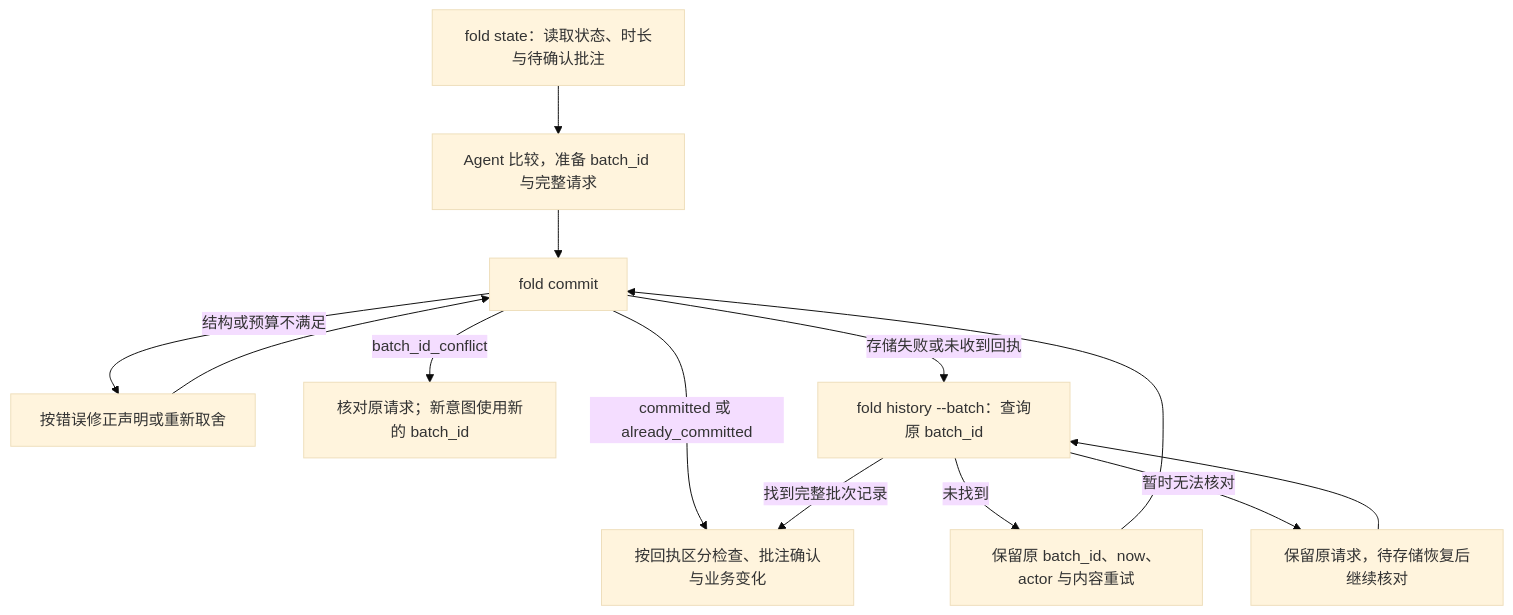
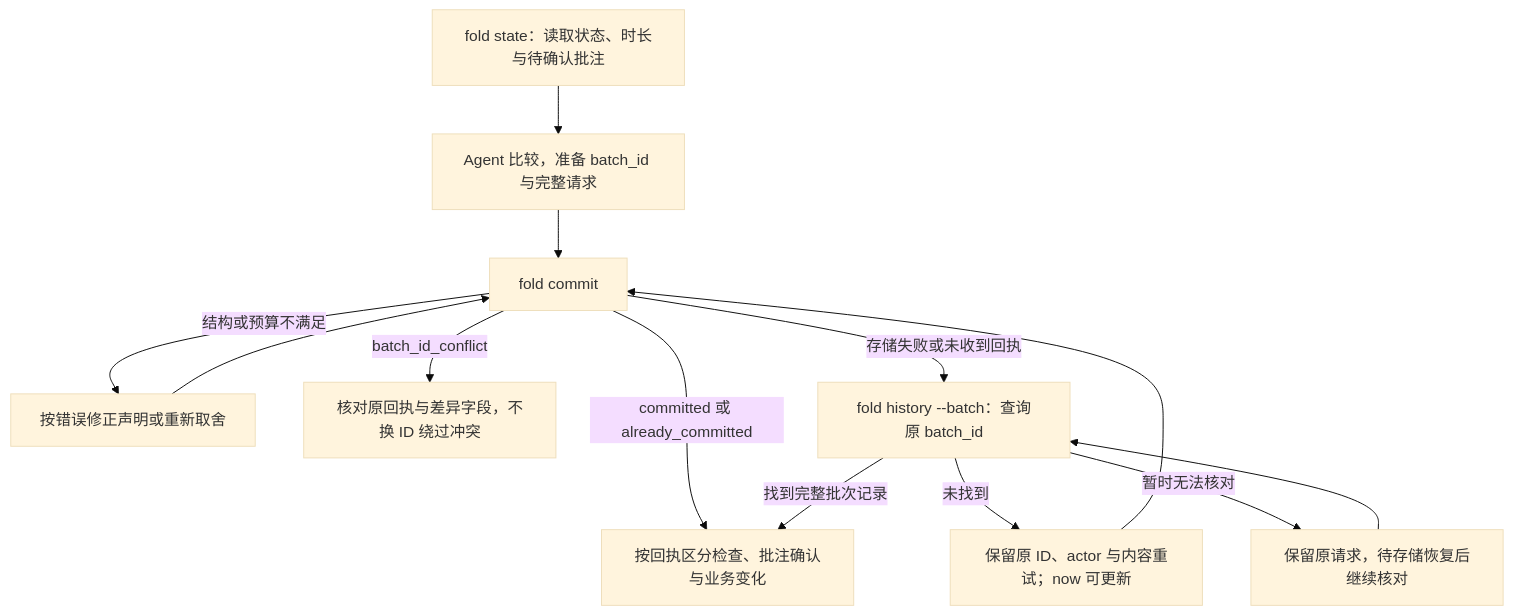
Before and after one commit to nemori-ai/fold-skill: the diagram in docs/skill-design.md, drawn with Mermaid (base theme). The commit also changed other lines of this file and 13 other files, not shown here.

````diff
--- a/docs/skill-design.md
+++ b/docs/skill-design.md
@@ -139,15 +139,15 @@
 ```mermaid
 flowchart TD
   R["fold state：读取状态、时长与待确认批注"] --> J["Agent 比较，准备 batch_id 与完整请求"]
   J --> C["fold commit"]
   C -->|"结构或预算不满足"| Fix["按错误修正声明或重新取舍"]
   Fix --> C
   C -->|"committed 或 already_committed"| Done["按回执区分检查、批注确认与业务变化"]
-  C -->|"batch_id_conflict"| Conflict["核对原请求；新意图使用新的 batch_id"]
+  C -->|"batch_id_conflict"| Conflict["核对原回执与差异字段，不换 ID 绕过冲突"]
   C -->|"存储失败或未收到回执"| Q["fold history --batch：查询原 batch_id"]
   Q -->|"找到完整批次记录"| Done
-  Q -->|"未找到"| Retry["保留原 batch_id、now、actor 与内容重试"]
+  Q -->|"未找到"| Retry["保留原 ID、actor 与内容重试；now 可更新"]
   Retry --> C
   Q -->|"暂时无法核对"| Pending["保留原请求，待存储恢复后继续核对"]
   Pending --> Q
 ```
````
